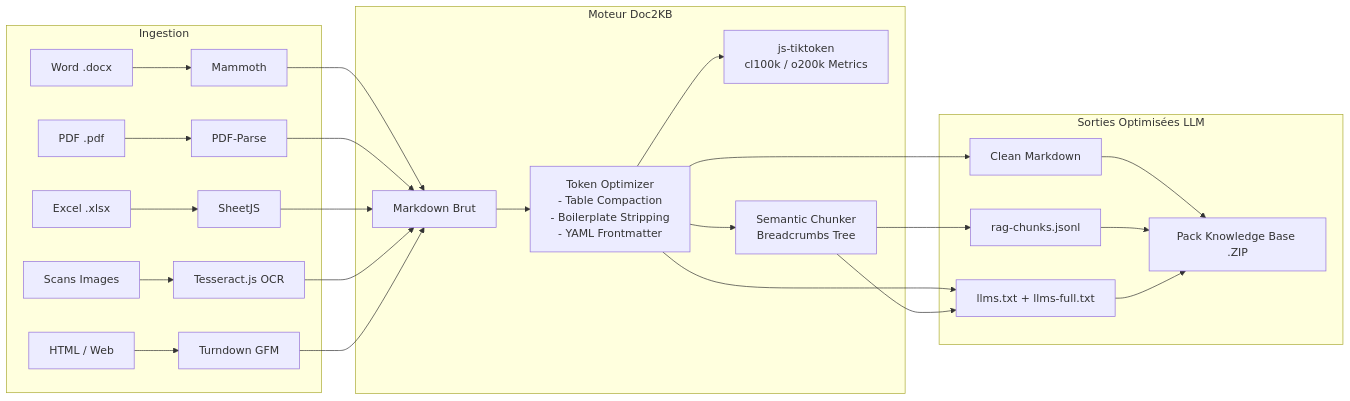
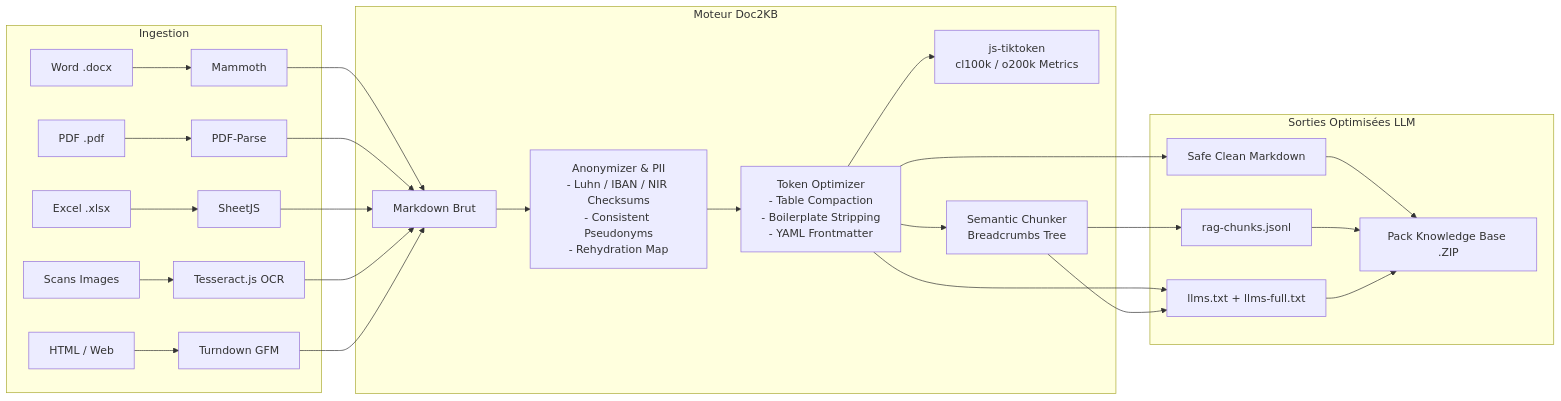
The diagram in README.md (kimitoshikurosawa/doc2kb-studio), drawn with Mermaid before and after one commit. The commit also changed other lines of this file and 9 other files, not shown here.

````diff
--- a/README.md
+++ b/README.md
@@ -113,24 +124,25 @@
 ```mermaid
 flowchart LR
     subgraph Ingestion
         A[Word .docx] --> M[Mammoth]
         B[PDF .pdf] --> P[PDF-Parse]
         C[Excel .xlsx] --> X[SheetJS]
         D[Scans Images] --> T[Tesseract.js OCR]
         E[HTML / Web] --> TD[Turndown GFM]
     end
 
     subgraph "Moteur Doc2KB"
         M & P & X & T & TD --> RAW[Markdown Brut]
-        RAW --> OPT[Token Optimizer\n- Table Compaction\n- Boilerplate Stripping\n- YAML Frontmatter]
+        RAW --> SEC[Anonymizer & PII\n- Luhn / IBAN / NIR Checksums\n- Consistent Pseudonyms\n- Rehydration Map]
+        SEC --> OPT[Token Optimizer\n- Table Compaction\n- Boilerplate Stripping\n- YAML Frontmatter]
         OPT --> TOK[js-tiktoken\ncl100k / o200k Metrics]
         OPT --> SC[Semantic Chunker\nBreadcrumbs Tree]
     end
 
     subgraph "Sorties Optimisées LLM"
-        OPT --> MD[Clean Markdown]
+        OPT --> MD[Safe Clean Markdown]
         SC --> JSONL[rag-chunks.jsonl]
         OPT & SC --> LLM[llms.txt + llms-full.txt]
         MD & JSONL & LLM --> ZIP[Pack Knowledge Base .ZIP]
     end
 ```
````
